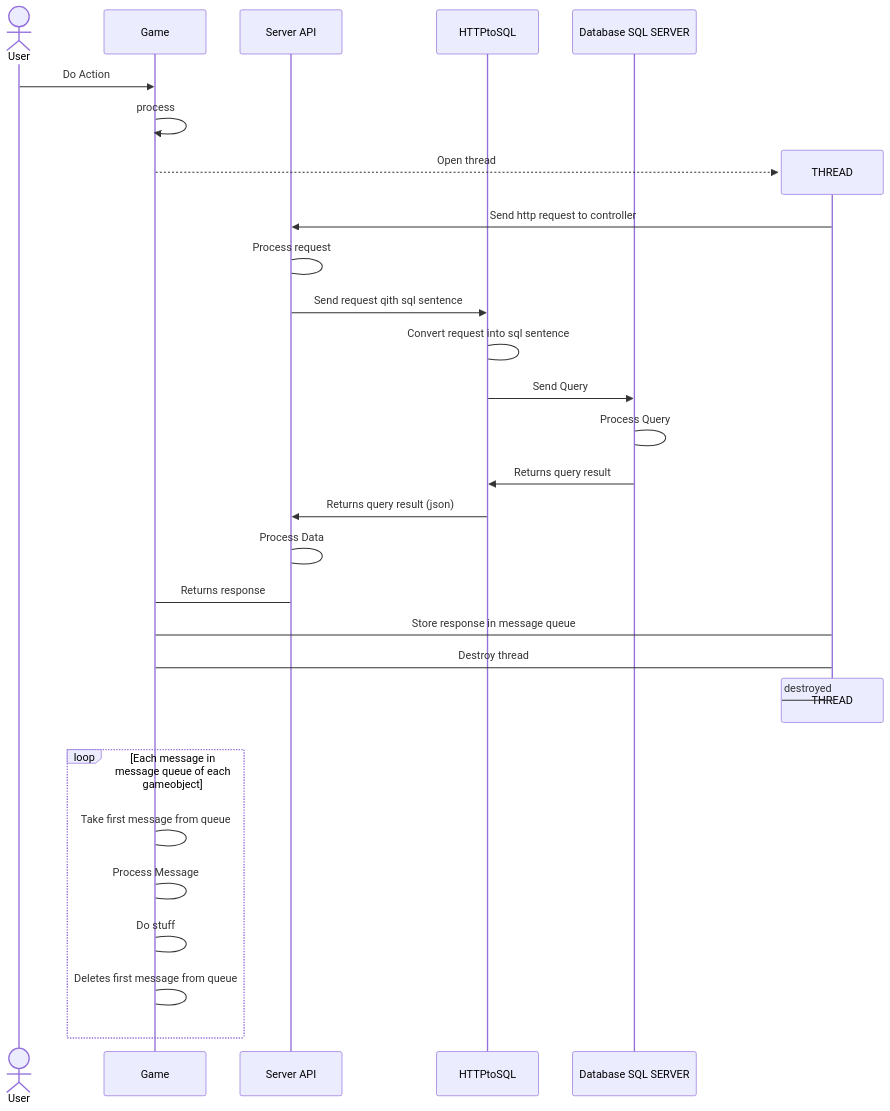
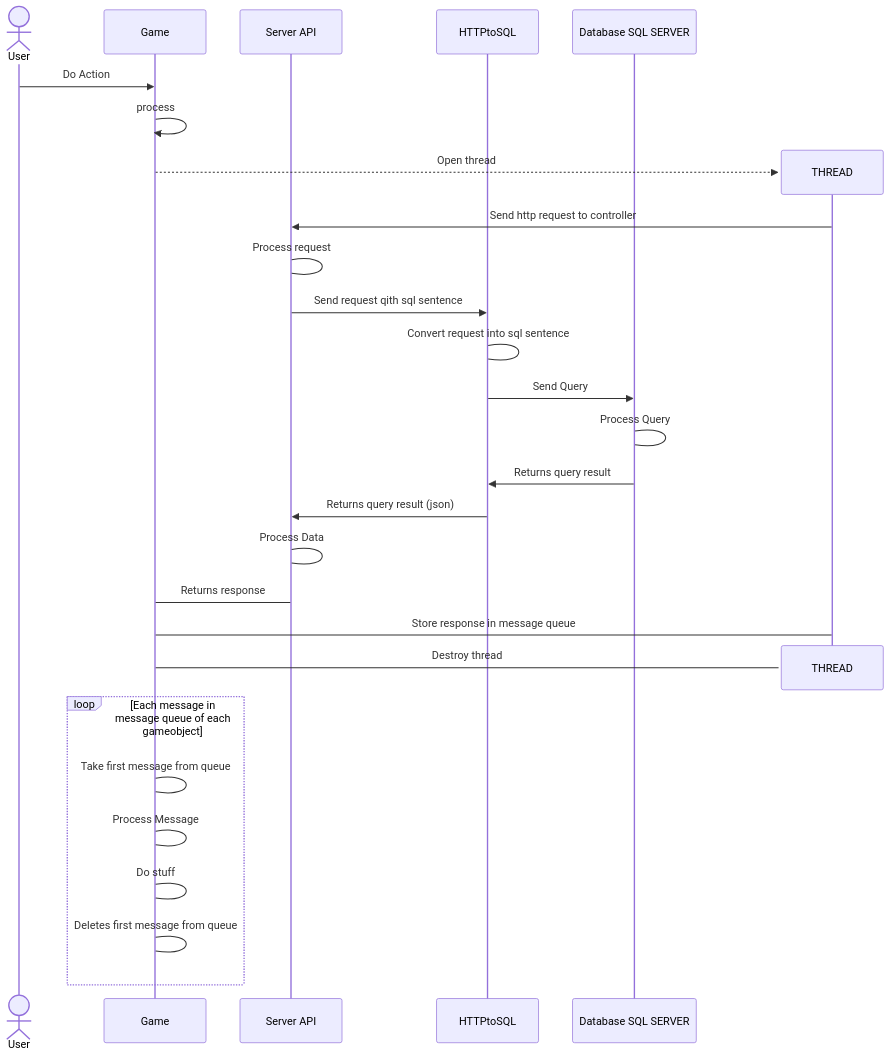
One commit to dchaves80/Automata changed the diagram in GeneralDataflow.mmd. Above: the diagram before and after it, drawn with Mermaid.

```diff
--- a/GeneralDataflow.mmd
+++ b/GeneralDataflow.mmd
@@ -1,35 +1,34 @@
 sequenceDiagram
   actor user as User
   participant client as Game
   participant server as Server API
   participant httpsql as HTTPtoSQL
   participant database as Database SQL SERVER
 %% 1
   user->>client: Do Action
   client->>client: process
 %% 1
   create participant thread as THREAD
   client-->>thread:Open thread
   thread->>server:Send http request to controller
   server->server:Process request
   server->>httpsql:Send request qith sql sentence
   httpsql->httpsql:Convert request into sql sentence
   httpsql->>database:Send Query
   database->database:Process Query
 %% 3
   database->>httpsql:Returns query result
   httpsql->>server:Returns query result (json)
   server->server:Process Data
   server->client:Returns response
   thread->client:Store response in message queue
+  destroy thread
   client->thread:Destroy thread
-  destroy thread
-  thread->thread:destroyed
   
 %% 4
   loop Each message in message queue of each gameobject
     client->client:Take first message from queue
     client->client:Process Message
     client->client:Do stuff
     client->client:Deletes first message from queue
   end
```
